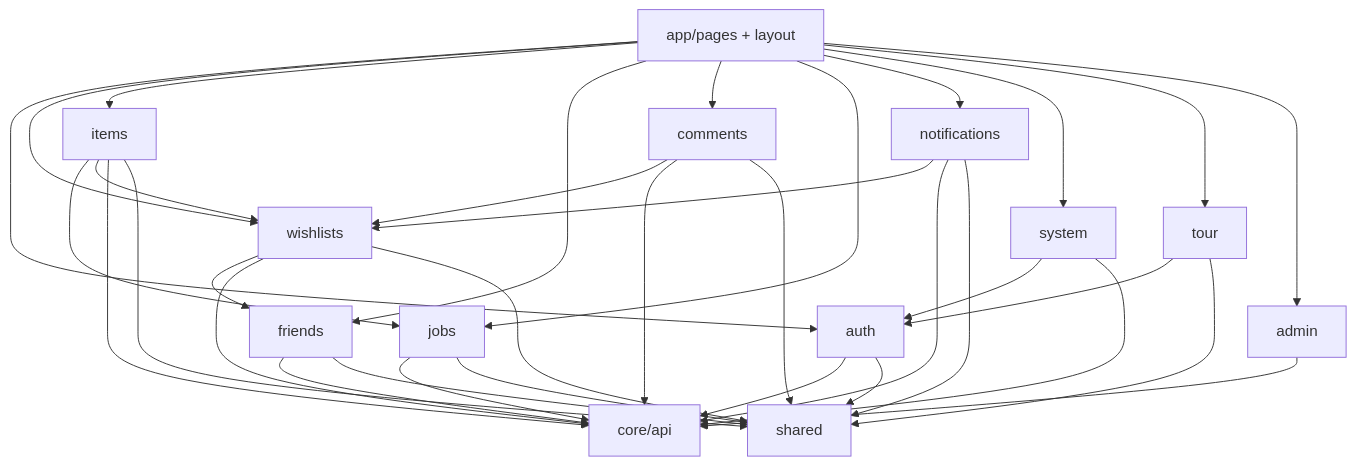
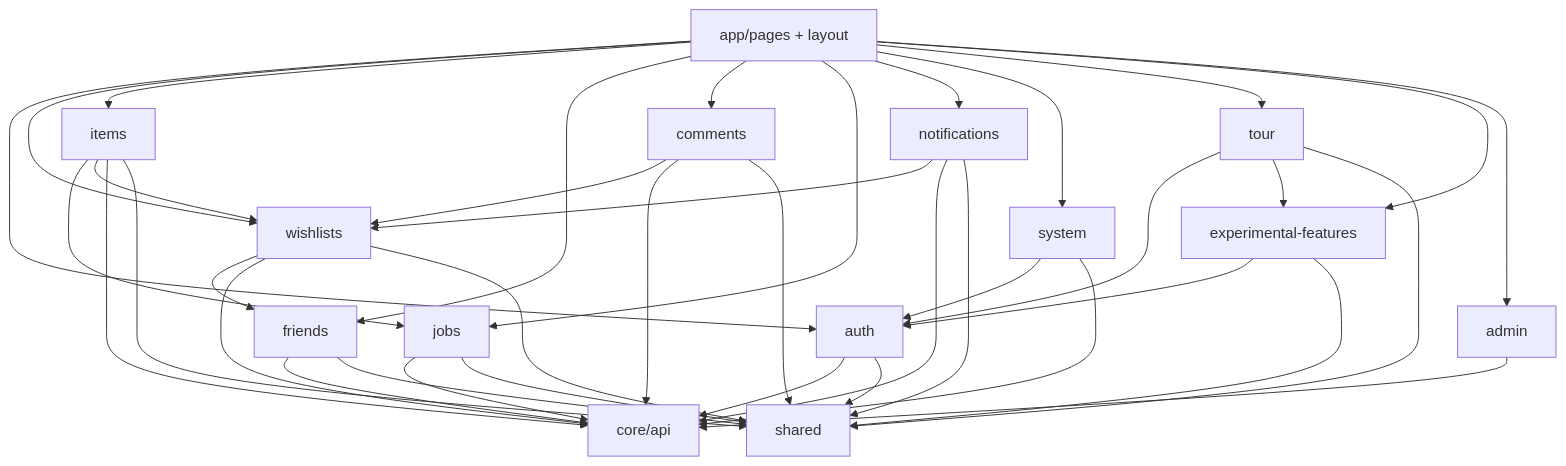
The diagram in src/features/README.md (Tech180/giftistry-react), drawn with Mermaid before and after one commit. The commit also changed other lines of this file and 81 other files, not shown here.

Commit message:
0.1.6 - fixed loading spinner section and implemented experimental features

````diff
--- a/src/features/README.md
+++ b/src/features/README.md
@@ -42,27 +43,30 @@
 ```mermaid
 flowchart TD
   pages[app/pages + layout]
   auth[auth]
   wishlists[wishlists]
   items[items]
   friends[friends]
   comments[comments]
   jobs[jobs]
   notif[notifications]
   system[system]
   tour[tour]
+  experimental[experimental-features]
   admin[admin]
   core[core/api]
   shared[shared]
 
-  pages --> auth & wishlists & items & friends & comments & jobs & notif & system & tour & admin
+  pages --> auth & wishlists & items & friends & comments & jobs & notif & system & tour & experimental & admin
   items --> jobs
   items --> wishlists
   comments --> wishlists
   wishlists --> friends
   notif --> wishlists
   tour --> auth
+  tour --> experimental
+  experimental --> auth
   system --> auth
   auth & wishlists & items & friends & comments & jobs & notif & system & admin --> core
-  auth & wishlists & items & friends & comments & jobs & notif & tour --> shared
+  auth & wishlists & items & friends & comments & jobs & notif & tour & experimental --> shared
 ```
````
